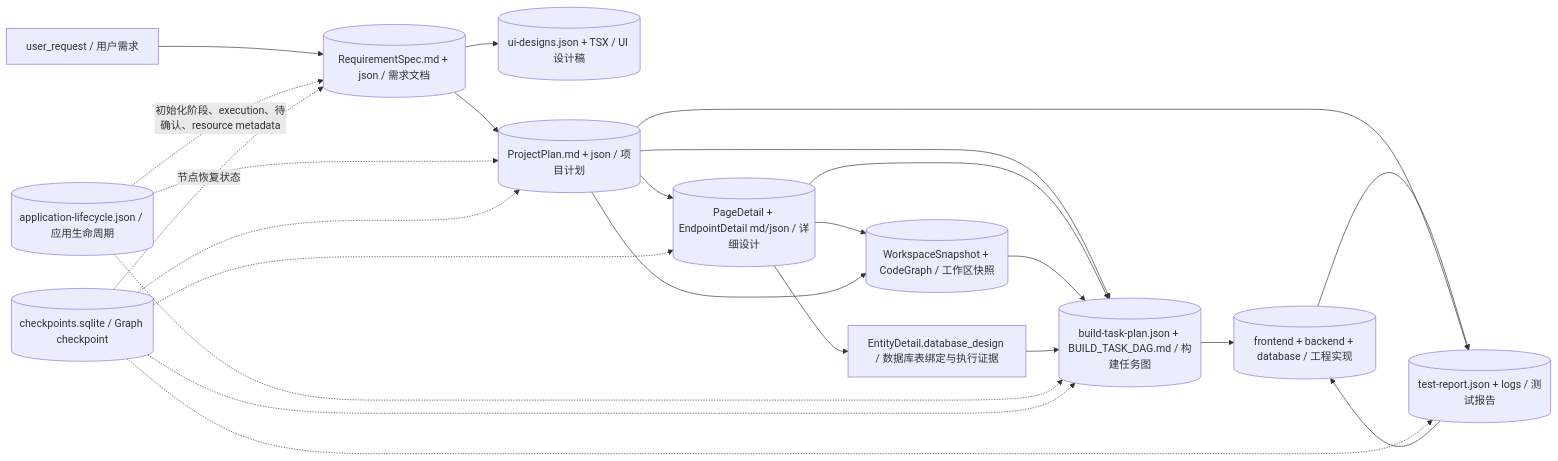
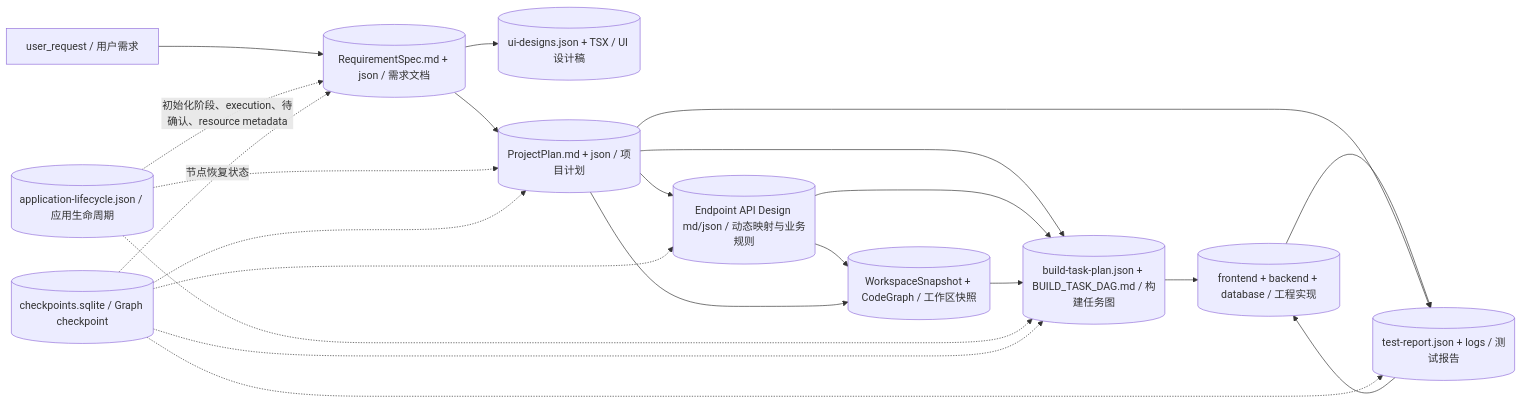
The tenth of 11 diagrams in docs/XCODEAGENT_COMPLETE_WORKFLOW.md (YYYWYF/XCodeAgent), drawn with Mermaid before and after one commit. The commit also changed other lines of this file and 90 other files, not shown here.

````diff
--- a/docs/XCODEAGENT_COMPLETE_WORKFLOW.md
+++ b/docs/XCODEAGENT_COMPLETE_WORKFLOW.md
@@ -775,40 +779,37 @@
 ```mermaid
 flowchart LR
     U["user_request / 用户需求"]
     RS[("RequirementSpec.md + json / 需求文档")]
     UI[("ui-designs.json + TSX / UI 设计稿")]
     PP[("ProjectPlan.md + json / 项目计划")]
-    DT[("PageDetail + EndpointDetail md/json / 详细设计")]
+    DT[("Endpoint API Design md/json / 动态映射与业务规则")]
     WS[("WorkspaceSnapshot + CodeGraph / 工作区快照")]
-    ED["EntityDetail.database_design / 数据库表绑定与执行证据"]
     DAG[("build-task-plan.json + BUILD_TASK_DAG.md / 构建任务图")]
     SRC[("frontend + backend + database / 工程实现")]
     TR[("test-report.json + logs / 测试报告")]
     LC[("application-lifecycle.json / 应用生命周期")]
     CP[("checkpoints.sqlite / Graph checkpoint")]
 
     U --> RS
     RS --> UI
     RS --> PP
     PP --> DT
     DT --> WS
     PP --> WS
-    DT --> ED
     PP --> DAG
     DT --> DAG
     WS --> DAG
-    ED --> DAG
     DAG --> SRC
     SRC --> TR
     PP --> TR
     TR --> SRC
 
     LC -.->|"初始化阶段、execution、待确认、resource metadata"| RS
     LC -.-> PP
     LC -.-> DAG
     CP -.->|"节点恢复状态"| RS
     CP -.-> PP
     CP -.-> DT
     CP -.-> DAG
     CP -.-> TR
 ```
````
